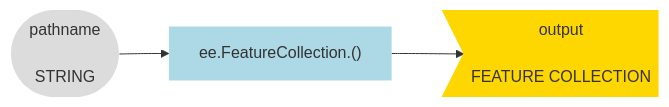
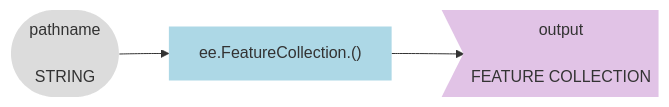
Before and after one commit to jeffhowarth/eeprimer: the first of 3 diagrams in src/rudiments/hello_feature_collection.md, drawn with Mermaid. The commit also changed other lines of this file and 5 other files, not shown here.

````diff
--- a/src/rudiments/hello_feature_collection.md
+++ b/src/rudiments/hello_feature_collection.md
@@ -31,9 +33,9 @@
 ``` mermaid
 graph LR
   method["ee.FeatureCollection.()"] --> output>output\n\nFEATURE COLLECTION];
   arg_att([pathname\n\nSTRING]) --> method
 
   style method fill:#ADD8E6,stroke-width:0px
-  style output fill:#FFD700,stroke-width:0px
+  style output fill:#E1C3E6,stroke-width:0px
   style arg_att fill:#DCDCDC,stroke-width:0px
 ```
````
